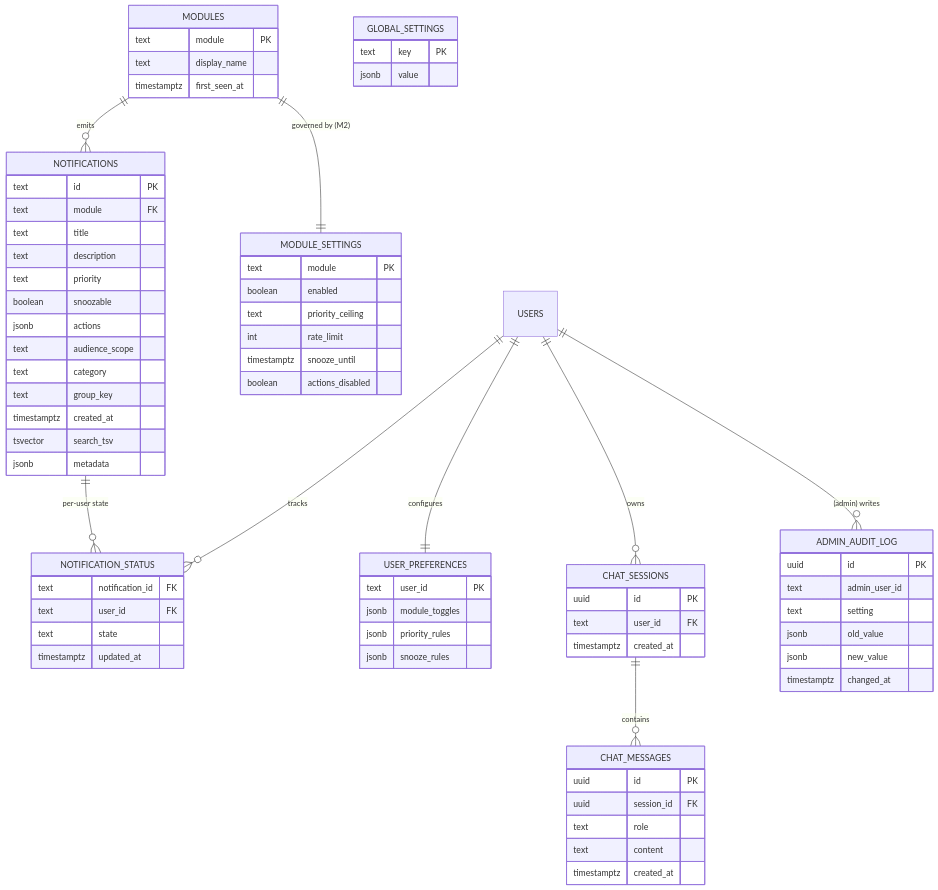
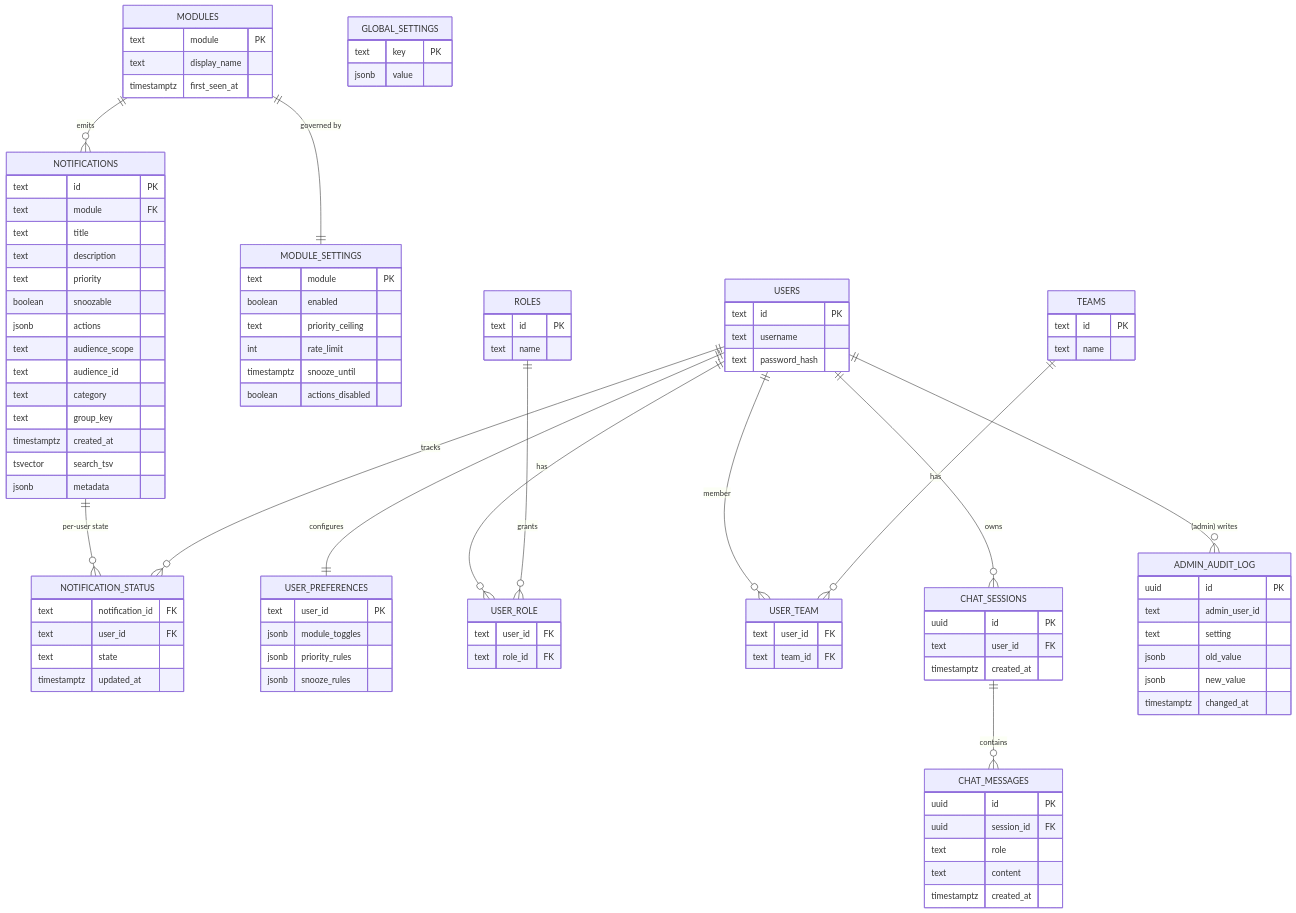
The fourth of 6 diagrams in docs/architecture.md (SohaibShah/centralized-notifications), drawn with Mermaid before and after one commit. The commit also changed other lines of this file and 5 other files, not shown here.

First line of the commit message:
docs: revise SRS v1.3 (per-team/role, roadmap, prototype auth) + add implementation plan

````diff
--- a/docs/architecture.md
+++ b/docs/architecture.md
@@ -261,10 +283,14 @@
 ```mermaid
 erDiagram
   MODULES ||--o{ NOTIFICATIONS : emits
-  MODULES ||--|| MODULE_SETTINGS : "governed by (M2)"
+  MODULES ||--|| MODULE_SETTINGS : "governed by"
   NOTIFICATIONS ||--o{ NOTIFICATION_STATUS : "per-user state"
   USERS ||--o{ NOTIFICATION_STATUS : tracks
   USERS ||--|| USER_PREFERENCES : configures
+  USERS ||--o{ USER_ROLE : has
+  ROLES ||--o{ USER_ROLE : grants
+  USERS ||--o{ USER_TEAM : member
+  TEAMS ||--o{ USER_TEAM : has
   USERS ||--o{ CHAT_SESSIONS : owns
   USERS ||--o{ ADMIN_AUDIT_LOG : "(admin) writes"
   CHAT_SESSIONS ||--o{ CHAT_MESSAGES : contains
@@ -277,6 +303,7 @@
     boolean snoozable
     jsonb actions
     text audience_scope
+    text audience_id
     text category
     text group_key
     timestamptz created_at
@@ -288,6 +315,27 @@
     text user_id FK
     text state
     timestamptz updated_at
+  }
+  USERS {
+    text id PK
+    text username
+    text password_hash
+  }
+  ROLES {
+    text id PK
+    text name
+  }
+  TEAMS {
+    text id PK
+    text name
+  }
+  USER_ROLE {
+    text user_id FK
+    text role_id FK
+  }
+  USER_TEAM {
+    text user_id FK
+    text team_id FK
   }
   MODULES {
     text module PK
````
